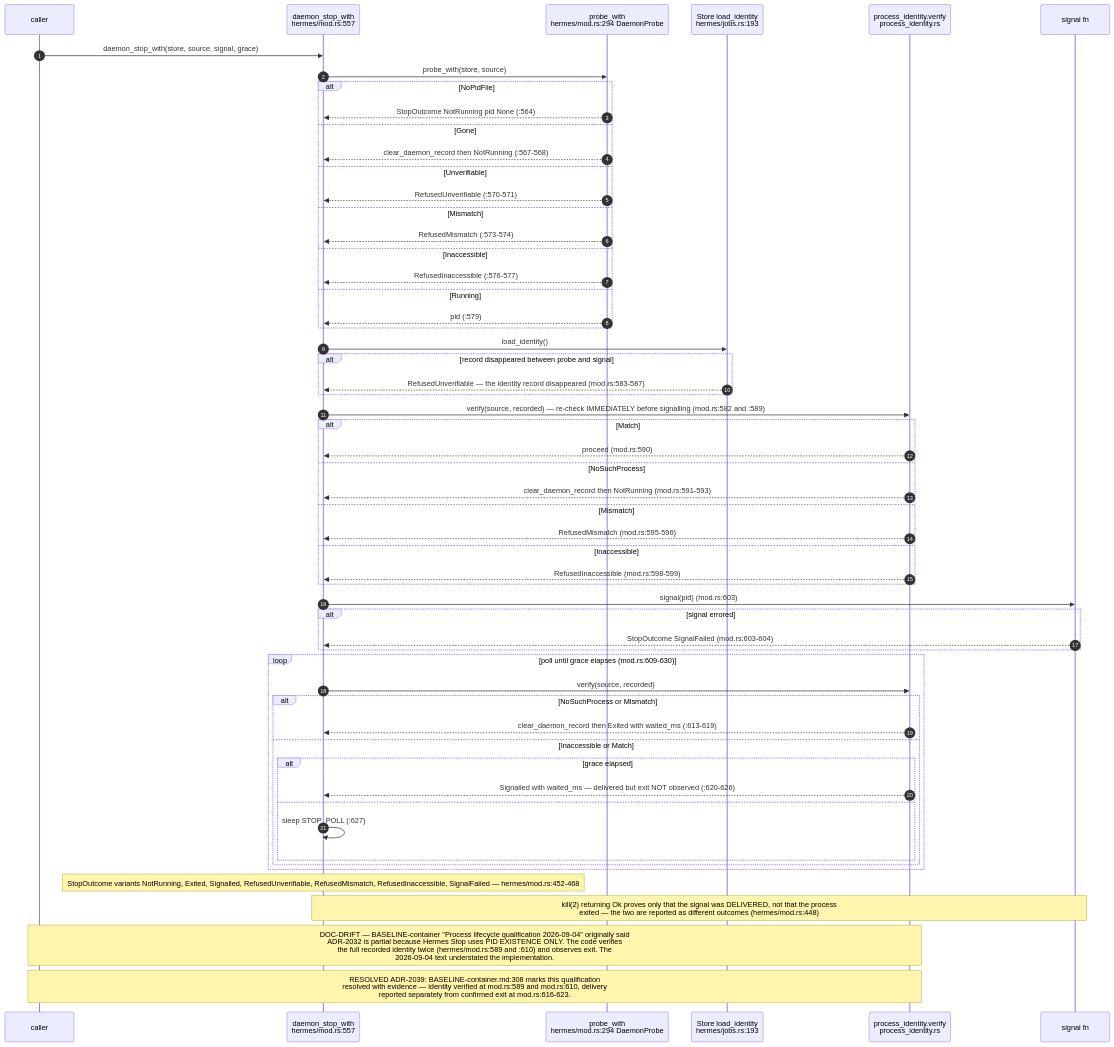
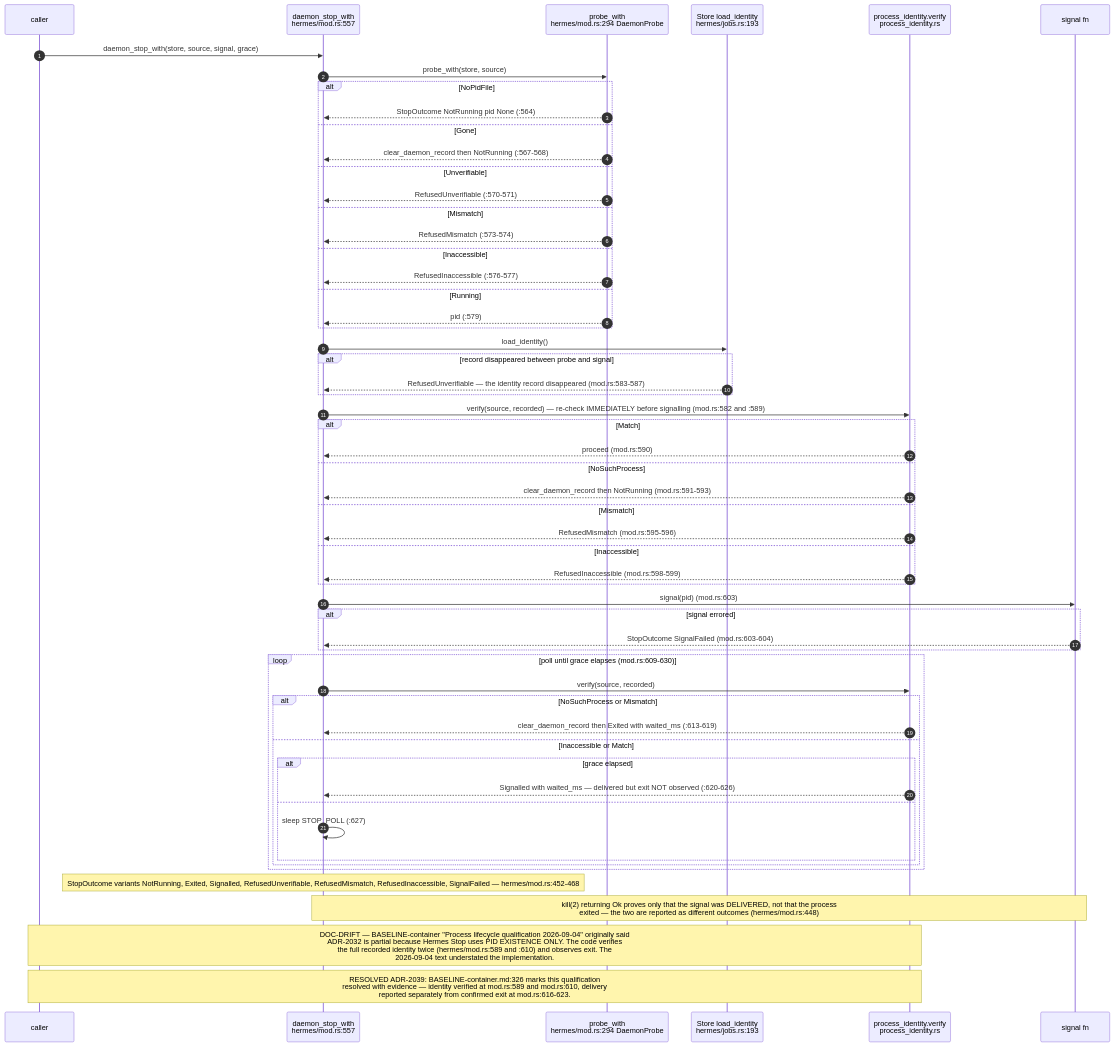
One commit to DreamLab-AI/VisionFlow changed the sixth of 11 diagrams in docs/diagrams/agentbox/07-daemons-reapers-cron-backups.md. Above: the diagram before and after it, drawn with Mermaid. The commit also changed other lines of this file and 36 other files, not shown here.

First line of the commit message:
docs(diagrams): re-derive and re-stamp agentbox, dream-engine, visioncraft, visiontouch and vowl topics; drop LAN addresses

````diff
--- a/docs/diagrams/agentbox/07-daemons-reapers-cron-backups.md
+++ b/docs/diagrams/agentbox/07-daemons-reapers-cron-backups.md
@@ -238,60 +248,60 @@
 ```mermaid
 sequenceDiagram
     autonumber
     participant C as caller
     participant S as daemon_stop_with<br/>hermes/mod.rs:557
     participant P as probe_with<br/>hermes/mod.rs:294 DaemonProbe
     participant ST as Store load_identity<br/>hermes/jobs.rs:193
     participant V as process_identity.verify<br/>process_identity.rs
     participant SIG as signal fn
 
     C->>S: daemon_stop_with(store, source, signal, grace)
     S->>P: probe_with(store, source)
     alt NoPidFile
         P-->>S: StopOutcome NotRunning pid None (:564)
     else Gone
         P-->>S: clear_daemon_record then NotRunning (:567-568)
     else Unverifiable
         P-->>S: RefusedUnverifiable (:570-571)
     else Mismatch
         P-->>S: RefusedMismatch (:573-574)
     else Inaccessible
         P-->>S: RefusedInaccessible (:576-577)
     else Running
         P-->>S: pid (:579)
     end
     S->>ST: load_identity()
     alt record disappeared between probe and signal
         ST-->>S: RefusedUnverifiable — the identity record disappeared (mod.rs:583-587)
     end
     S->>V: verify(source, recorded) — re-check IMMEDIATELY before signalling (mod.rs:582 and :589)
     alt Match
         V-->>S: proceed (mod.rs:590)
     else NoSuchProcess
         V-->>S: clear_daemon_record then NotRunning (mod.rs:591-593)
     else Mismatch
         V-->>S: RefusedMismatch (mod.rs:595-596)
     else Inaccessible
         V-->>S: RefusedInaccessible (mod.rs:598-599)
     end
     S->>SIG: signal(pid) (mod.rs:603)
     alt signal errored
         SIG-->>S: StopOutcome SignalFailed (mod.rs:603-604)
     end
     loop poll until grace elapses (mod.rs:609-630)
         S->>V: verify(source, recorded)
         alt NoSuchProcess or Mismatch
             V-->>S: clear_daemon_record then Exited with waited_ms (:613-619)
         else Inaccessible or Match
             alt grace elapsed
                 V-->>S: Signalled with waited_ms — delivered but exit NOT observed (:620-626)
             else
                 S->>S: sleep STOP_POLL (:627)
             end
         end
     end
     Note over S: StopOutcome variants NotRunning, Exited, Signalled, RefusedUnverifiable, RefusedMismatch, RefusedInaccessible, SignalFailed — hermes/mod.rs:452-468
     Note over S,SIG: kill(2) returning Ok proves only that the signal was DELIVERED, not that the process<br/>exited — the two are reported as different outcomes (hermes/mod.rs:448)
     Note over C,V: DOC-DRIFT — BASELINE-container "Process lifecycle qualification 2026-09-04" originally said<br/>ADR-2032 is partial because Hermes Stop uses PID EXISTENCE ONLY. The code verifies<br/>the full recorded identity twice (hermes/mod.rs:589 and :610) and observes exit. The<br/>2026-09-04 text understated the implementation.
-    Note over C,V: RESOLVED ADR-2039: BASELINE-container.md:308 marks this qualification<br/>resolved with evidence — identity verified at mod.rs:589 and mod.rs:610, delivery<br/>reported separately from confirmed exit at mod.rs:616-623.
+    Note over C,V: RESOLVED ADR-2039: BASELINE-container.md:326 marks this qualification<br/>resolved with evidence — identity verified at mod.rs:589 and mod.rs:610, delivery<br/>reported separately from confirmed exit at mod.rs:616-623.
 ```
````
